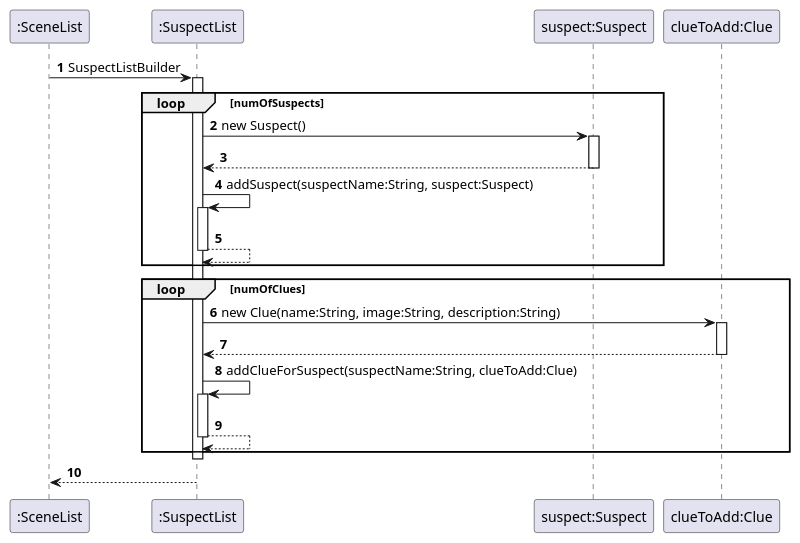
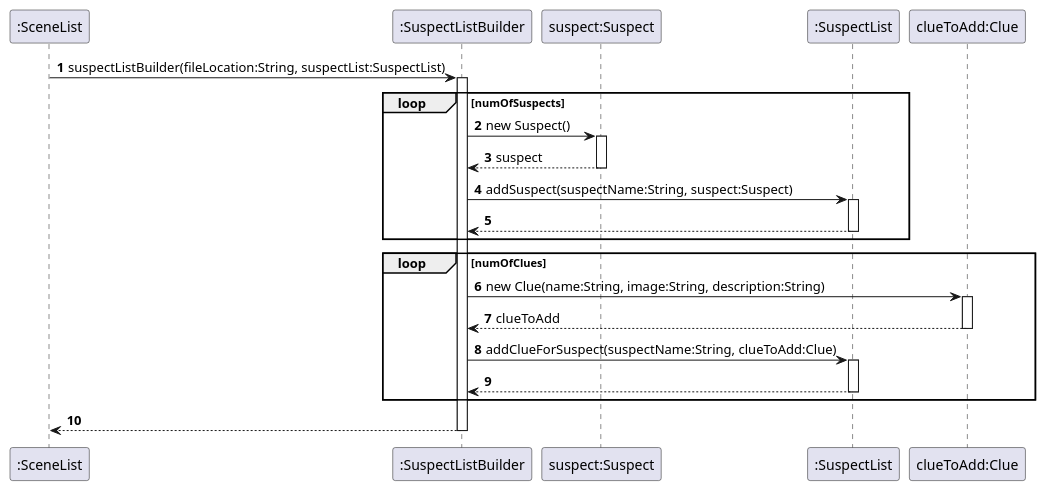
One commit to peng-217/tp changed the diagram in docs/Suspect.puml. Above: the diagram before and after it, drawn with PlantUML. The commit also changed 1 other file, not shown here.

Commit message:
Fixed suspectListBuilder sequence diagram

```diff
--- a/docs/Suspect.puml
+++ b/docs/Suspect.puml
@@ -1,34 +1,35 @@
 @startuml
 'https://plantuml.com/sequence-diagram
 
 autonumber
 
 
-":SceneList" -> ":SuspectList" :SuspectListBuilder
+":SceneList" -> ":SuspectListBuilder" :suspectListBuilder(fileLocation:String, suspectList:SuspectList)
 loop numOfSuspects
+    activate ":SuspectListBuilder"
+    ":SuspectListBuilder" -> "suspect:Suspect" :new Suspect()
+    activate "suspect:Suspect"
+    "suspect:Suspect" --> ":SuspectListBuilder" :suspect
+    deactivate "suspect:Suspect"
+    ":SuspectListBuilder" -> ":SuspectList" :addSuspect(suspectName:String, suspect:Suspect)
     activate ":SuspectList"
-    ":SuspectList" -> "suspect:Suspect" :new Suspect()
-    activate "suspect:Suspect"
-    "suspect:Suspect" --> ":SuspectList"
-    deactivate "suspect:Suspect"
-    ":SuspectList" -> ":SuspectList" :addSuspect(suspectName:String, suspect:Suspect)
+    ":SuspectList" --> ":SuspectListBuilder"
+    deactivate ":SuspectList"
+
+    end
+loop numOfClues
+    ":SuspectListBuilder" -> "clueToAdd:Clue" :new Clue(name:String, image:String, description:String)
+    activate "clueToAdd:Clue"
+    "clueToAdd:Clue" --> ":SuspectListBuilder" :clueToAdd
+    deactivate "clueToAdd:Clue"
+    ":SuspectListBuilder" -> ":SuspectList" :addClueForSuspect(suspectName:String, clueToAdd:Clue)
     activate ":SuspectList"
-    ":SuspectList" --> ":SuspectList"
+    ":SuspectList" --> ":SuspectListBuilder"
     deactivate ":SuspectList"
     end
-loop numOfClues
-    ":SuspectList" -> "clueToAdd:Clue" :new Clue(name:String, image:String, description:String)
-    activate "clueToAdd:Clue"
-    "clueToAdd:Clue" --> ":SuspectList"
-    deactivate "clueToAdd:Clue"
-    ":SuspectList" -> ":SuspectList" :addClueForSuspect(suspectName:String, clueToAdd:Clue)
-    activate ":SuspectList"
-    ":SuspectList" --> ":SuspectList"
-    deactivate ":SuspectList"
-    end
-deactivate ":SuspectList"
-":SuspectList" --> ":SceneList"
+":SuspectListBuilder" --> ":SceneList"
+deactivate ":SuspectListBuilder"
 
 
 
 @enduml
```
